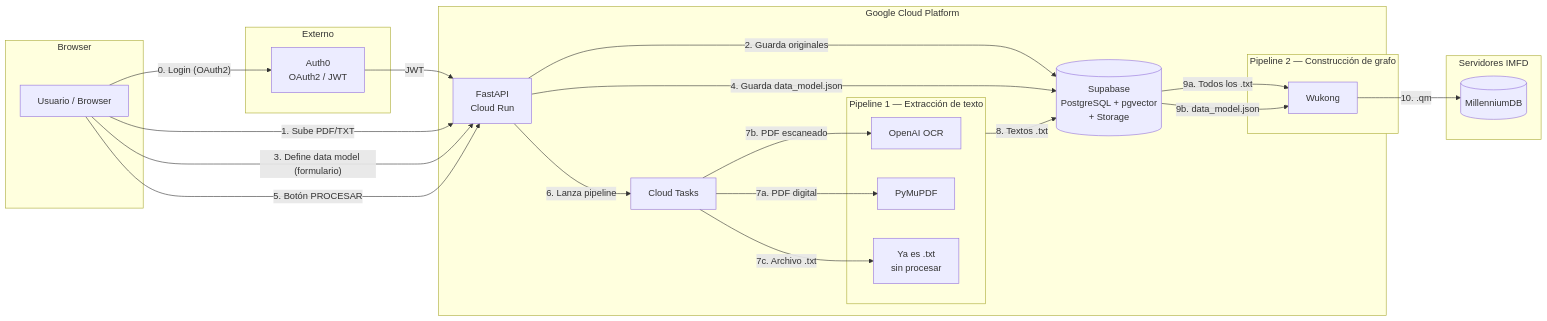
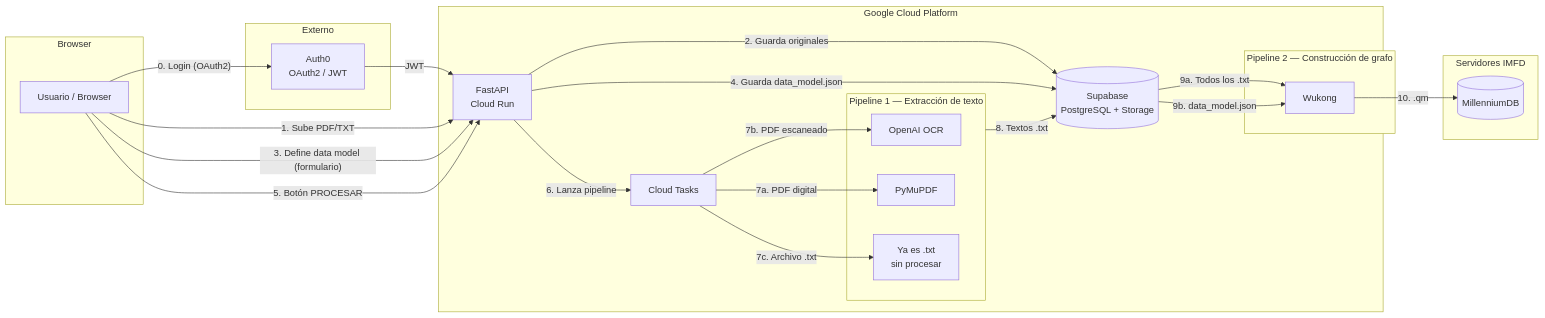
The first of 2 diagrams in README.md (renaa-m/TallerDeIntegracion_G10), drawn with Mermaid before and after one commit. The commit also changed other lines of this file, not shown here.

First line of the commit message:
docs: eliminar pgvector y búsqueda semántica — solo grafo de Wukong/MillenniumDB

````diff
--- a/README.md
+++ b/README.md
@@ -146,46 +147,46 @@
 ```mermaid
 graph LR
     subgraph Browser
         U[Usuario / Browser]
     end
 
     subgraph Auth0_ext ["Externo"]
         AUTH0[Auth0\nOAuth2 / JWT]
     end
 
     subgraph GCP ["Google Cloud Platform"]
         API[FastAPI\nCloud Run]
-        SUPA[(Supabase\nPostgreSQL + pgvector\n+ Storage)]
+        SUPA[(Supabase\nPostgreSQL + Storage)]
         CT[Cloud Tasks]
 
         subgraph Pipeline_1 ["Pipeline 1 — Extracción de texto"]
             OCR[OpenAI OCR]
             PYMUPDF[PyMuPDF]
             TXT_PASS[Ya es .txt\nsin procesar]
         end
 
         subgraph Pipeline_2 ["Pipeline 2 — Construcción de grafo"]
             WK[Wukong]
         end
     end
 
     subgraph IMFD_servers ["Servidores IMFD"]
         MDB[(MillenniumDB)]
     end
 
     U -->|"0. Login (OAuth2)"| AUTH0
     AUTH0 -->|"JWT"| API
     U -->|"1. Sube PDF/TXT"| API
     API -->|"2. Guarda originales"| SUPA
     U -->|"3. Define data model (formulario)"| API
     API -->|"4. Guarda data_model.json"| SUPA
     U -->|"5. Botón PROCESAR"| API
     API -->|"6. Lanza pipeline"| CT
     CT -->|"7a. PDF digital"| PYMUPDF
     CT -->|"7b. PDF escaneado"| OCR
     CT -->|"7c. Archivo .txt"| TXT_PASS
     Pipeline_1 -->|"8. Textos .txt"| SUPA
     SUPA -->|"9a. Todos los .txt"| WK
     SUPA -->|"9b. data_model.json"| WK
     WK -->|"10. .qm"| MDB
 ```
````
